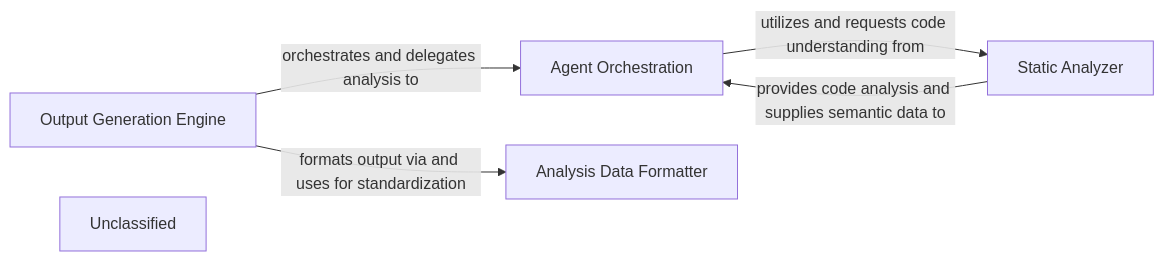
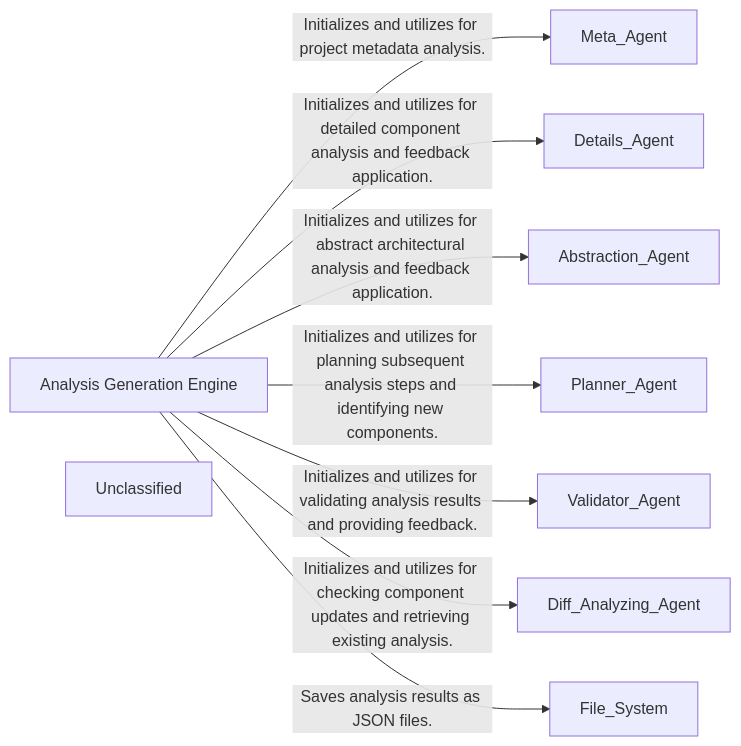
The diagram in .codeboarding/Diagram_Analysis_Renderer.md (CodeBoarding/CodeBoarding), drawn with Mermaid before and after one commit. The commit also changed other lines of this file and 14 other files, not shown here.

First line of the commit message:
docs: update codeboarding documentation and generate architecture

````diff
--- a/.codeboarding/Diagram_Analysis_Renderer.md
+++ b/.codeboarding/Diagram_Analysis_Renderer.md
@@ -1,13 +1,12 @@
 ```mermaid
 graph LR
-    Output_Generation_Engine["Output Generation Engine"]
-    Agent_Orchestration["Agent Orchestration"]
-    Static_Analyzer["Static Analyzer"]
-    Analysis_Data_Formatter["Analysis Data Formatter"]
+    Analysis_Generation_Engine["Analysis Generation Engine"]
     Unclassified["Unclassified"]
-    Output_Generation_Engine -- "orchestrates and delegates analysis to" --> Agent_Orchestration
-    Agent_Orchestration -- "utilizes and requests code understanding from" --> Static_Analyzer
-    Static_Analyzer -- "provides code analysis and supplies semantic data to" --> Agent_Orchestration
-    Output_Generation_Engine -- "formats output via and uses for standardization" --> Analysis_Data_Formatter
-    click Output_Generation_Engine href "https://github.com/CodeBoarding/CodeBoarding/blob/main/.codeboarding/Output_Generation_Engine.md" "Details"
+    Analysis_Generation_Engine -- "Initializes and utilizes for project metadata analysis." --> Meta_Agent
+    Analysis_Generation_Engine -- "Initializes and utilizes for detailed component analysis and feedback application." --> Details_Agent
+    Analysis_Generation_Engine -- "Initializes and utilizes for abstract architectural analysis and feedback application." --> Abstraction_Agent
+    Analysis_Generation_Engine -- "Initializes and utilizes for planning subsequent analysis steps and identifying new components." --> Planner_Agent
+    Analysis_Generation_Engine -- "Initializes and utilizes for validating analysis results and providing feedback." --> Validator_Agent
+    Analysis_Generation_Engine -- "Initializes and utilizes for checking component updates and retrieving existing analysis." --> Diff_Analyzing_Agent
+    Analysis_Generation_Engine -- "Saves analysis results as JSON files." --> File_System
 ```
````
